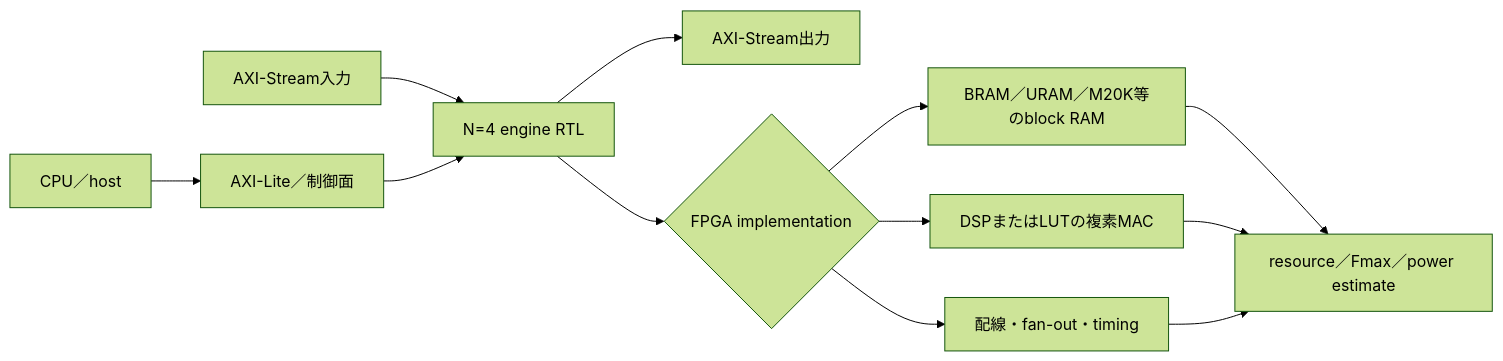
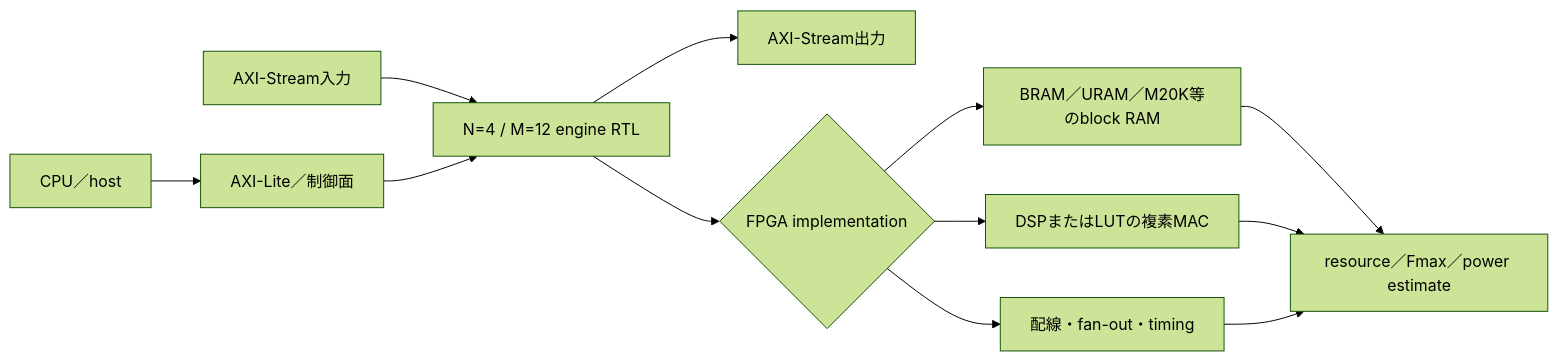
One commit to HN19781124/banked-stencil-multicast changed the first of 2 diagrams in docs/concepts/fpga-and-simulation-comparison.md. Above: the diagram before and after it, drawn with Mermaid (forest theme). The commit also changed other lines of this file and 36 other files, not shown here.

````diff
--- a/docs/concepts/fpga-and-simulation-comparison.md
+++ b/docs/concepts/fpga-and-simulation-comparison.md
@@ -11,14 +11,14 @@
 ```mermaid
 flowchart LR
     HOST[CPU／host] --> CTRL[AXI-Lite／制御面]
-    STREAM[AXI-Stream入力] --> ENGINE[N=4 engine RTL]
+    STREAM[AXI-Stream入力] --> ENGINE[N=4 / M=12 engine RTL]
     CTRL --> ENGINE
     ENGINE --> OUT[AXI-Stream出力]
     ENGINE --> MAP{FPGA implementation}
     MAP --> BRAM[BRAM／URAM／M20K等のblock RAM]
     MAP --> DSP[DSPまたはLUTの複素MAC]
     MAP --> ROUTE[配線・fan-out・timing]
     BRAM --> REPORT[resource／Fmax／power estimate]
     DSP --> REPORT
     ROUTE --> REPORT
 ```
````
